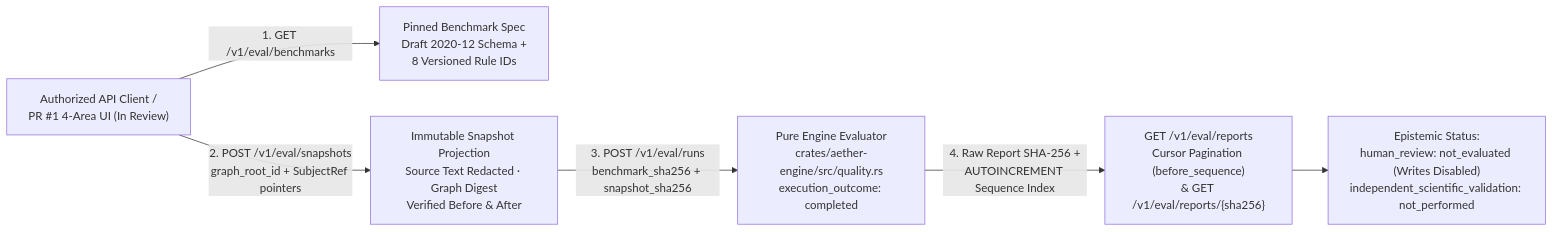
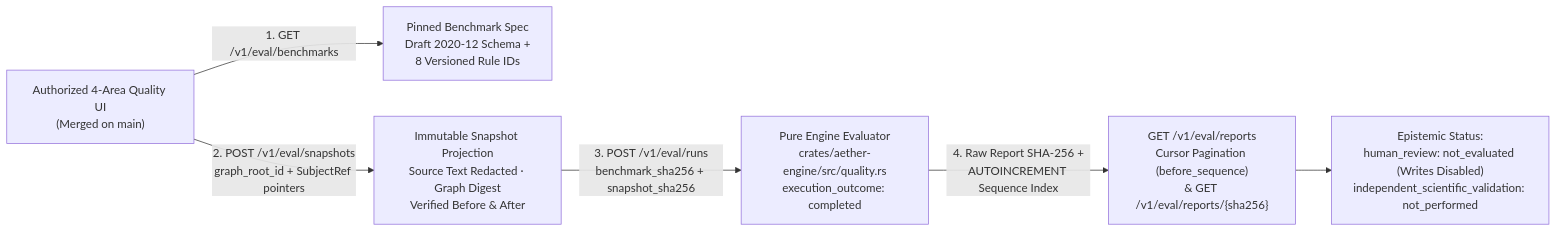
Before and after one commit to akaKRISH/AETHER: the fifth of 6 diagrams in README.md, drawn with Mermaid. The commit also changed other lines of this file and 5 other files, not shown here.

````diff
--- a/README.md
+++ b/README.md
@@ -252,9 +250,9 @@
 ```mermaid
 flowchart LR
-    Client["Authorized API Client /\nPR #1 4-Area UI (In Review)"] -->|"1. GET /v1/eval/benchmarks"| Bench["Pinned Benchmark Spec\nDraft 2020-12 Schema +\n8 Versioned Rule IDs"]
+    Client["Authorized 4-Area Quality UI\n(Merged on main)"] -->|"1. GET /v1/eval/benchmarks"| Bench["Pinned Benchmark Spec\nDraft 2020-12 Schema +\n8 Versioned Rule IDs"]
     Client -->|"2. POST /v1/eval/snapshots\ngraph_root_id + SubjectRef pointers"| Snap["Immutable Snapshot Projection\nSource Text Redacted · Graph Digest\nVerified Before & After"]
     Snap -->|"3. POST /v1/eval/runs\nbenchmark_sha256 + snapshot_sha256"| Engine["Pure Engine Evaluator\ncrates/aether-engine/src/quality.rs\nexecution_outcome: completed"]
     Engine -->|"4. Raw Report SHA-256 +\nAUTOINCREMENT Sequence Index"| Reports["GET /v1/eval/reports\nCursor Pagination (before_sequence)\n& GET /v1/eval/reports/{sha256}"]
 
     Reports --> Limits["Epistemic Status:\nhuman_review: not_evaluated (Writes Disabled)\nindependent_scientific_validation: not_performed"]
 ```
````
